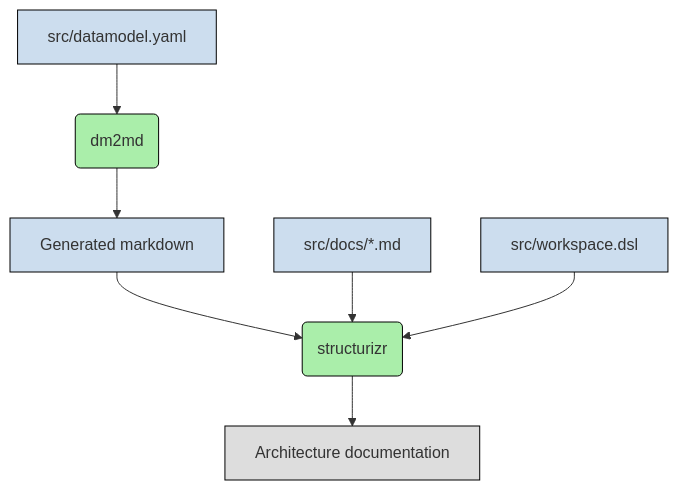
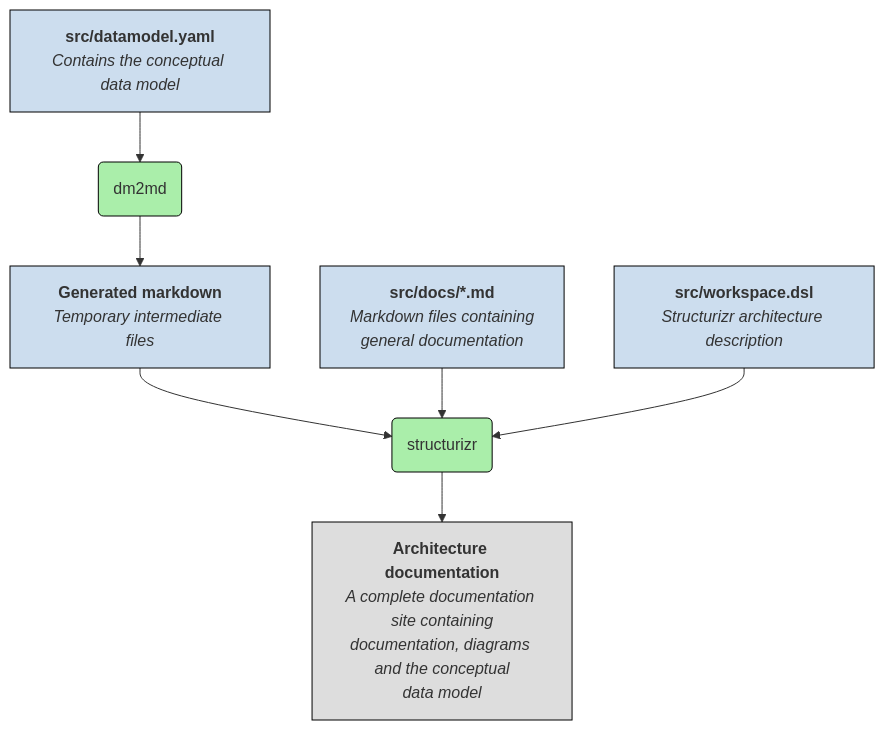
Before and after one commit to anorm/architecture-template: the diagram in README.md, drawn with Mermaid.

Commit message:
README touch-up

````diff
--- a/README.md
+++ b/README.md
@@ -5,25 +5,25 @@
 ```mermaid
 flowchart TD
     style datamodel fill:#cde,stroke:#000
     style generated_markdown fill:#cde,stroke:#000
     style workspace fill:#cde,stroke:#000
     style markdown fill:#cde,stroke:#000
     style dm2md fill:#aea,stroke:#000
     style structurizr fill:#aea,stroke:#000
     style architecture fill:#ddd,stroke:#000
 
-    datamodel[src/datamodel.yaml]
+    datamodel[<b>src/datamodel.yaml</b>\n<i>Contains the conceptual data model</i>]
     dm2md(dm2md)
-    generated_markdown[Generated markdown]
-    workspace[src/workspace.dsl]
-    markdown[src/docs/*.md]
+    generated_markdown[<b>Generated markdown</b>\n<i>Temporary intermediate files</i>]
+    workspace[<b>src/workspace.dsl</b>\n<i>Structurizr architecture description</i>]
+    markdown[<b>src/docs/*.md</b>\n<i>Markdown files containing\ngeneral documentation</i>]
     structurizr(structurizr)
-    architecture[Architecture documentation]
+    architecture[<b>Architecture documentation</b>\n<i>A complete documentation site containing\ndocumentation, diagrams and the conceptual\ndata model</i>]
 
     datamodel --> dm2md
     dm2md --> generated_markdown
     generated_markdown --> structurizr
     markdown --> structurizr
     workspace --> structurizr
     structurizr --> architecture
 ```
````
